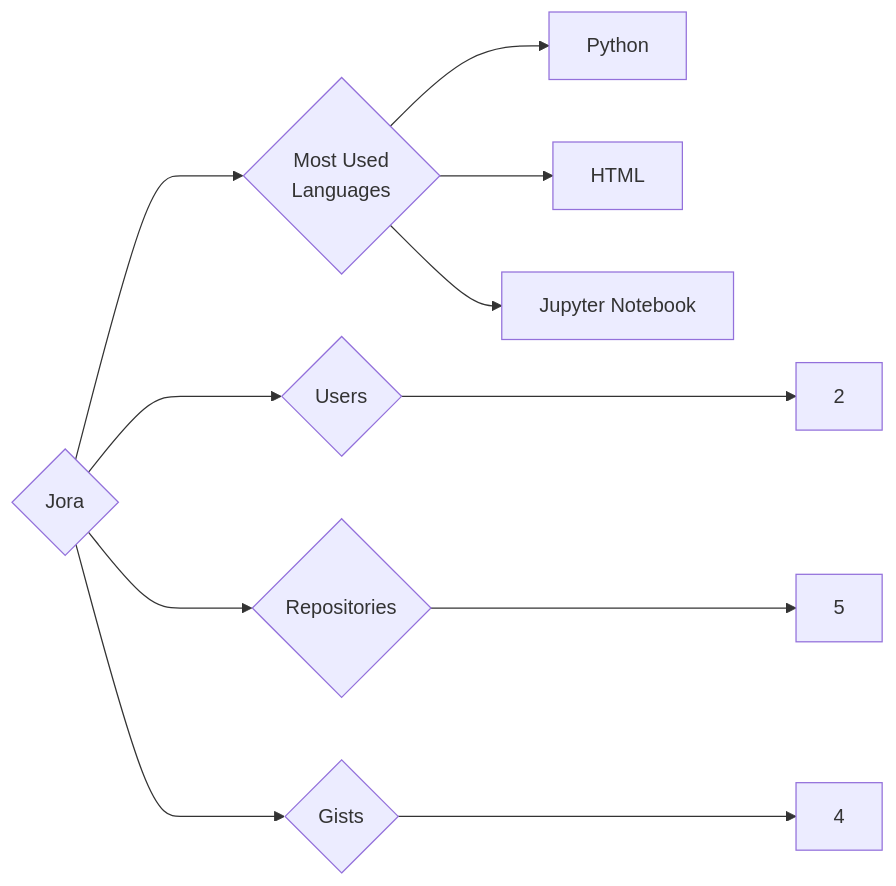
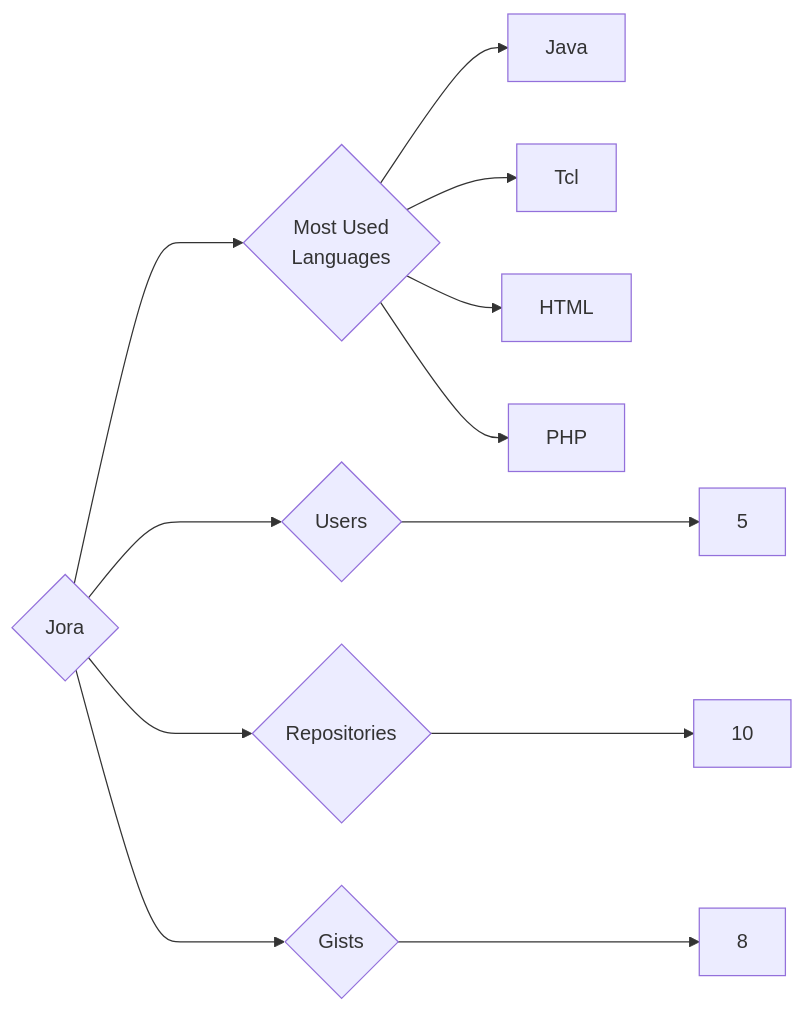
The diagram in targets/Jora/README.md (trickest/insiders), drawn with Mermaid before and after one commit. The commit also changed 636 other files, not shown here.

````diff
--- a/targets/Jora/README.md
+++ b/targets/Jora/README.md
@@ -3,11 +3,12 @@
 ```mermaid
 graph LR
 COMPANY_NAME{Jora}
-COMPANY_NAME ---> U{Users} ---> UN[2]
-COMPANY_NAME ---> R{Repositories} ---> RN[5]
-COMPANY_NAME ---> G{Gists} ---> GN[4]
+COMPANY_NAME ---> U{Users} ---> UN[5]
+COMPANY_NAME ---> R{Repositories} ---> RN[10]
+COMPANY_NAME ---> G{Gists} ---> GN[8]
 COMPANY_NAME ---> ML{Most Used<br>Languages}
-ML --> Python[Python]
+ML --> Java[Java]
+ML --> Tcl[Tcl]
 ML --> HTML[HTML]
-ML --> Jupyter_Notebook[Jupyter Notebook]
+ML --> PHP[PHP]
 ```
````
